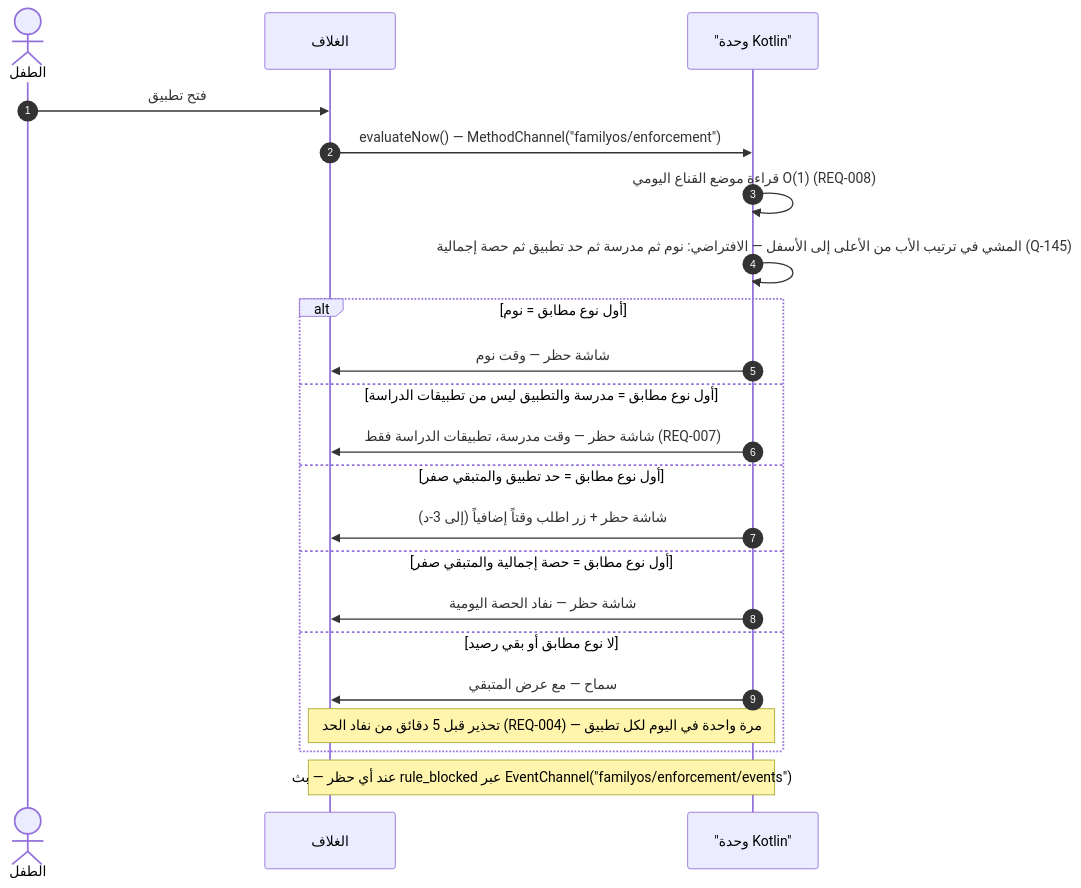
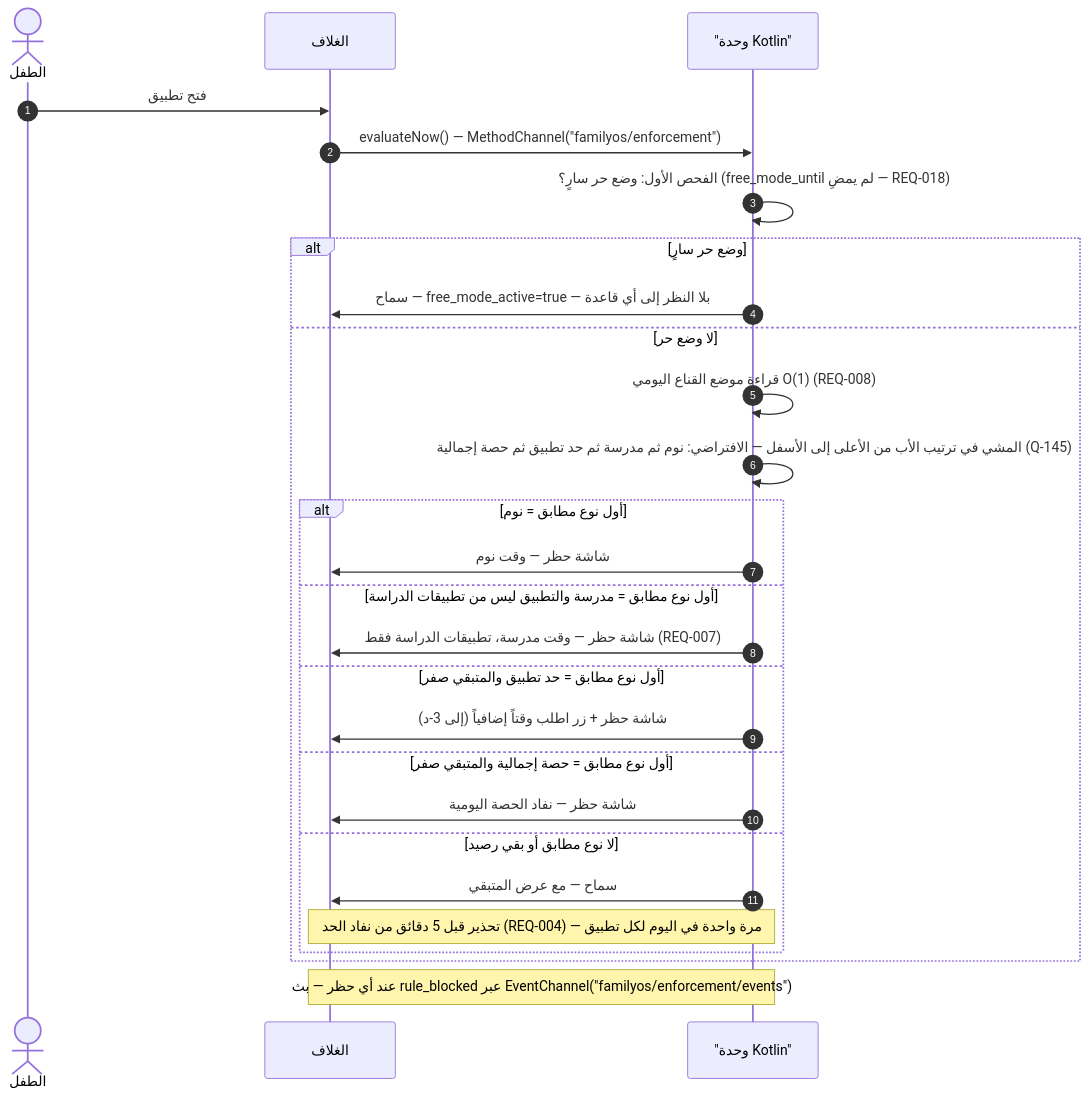
The fifth of 14 diagrams in docs/family-os/governance/phases/phase-1/S1-10-protection-and-enforcement/DIAGRAMS.md (Bassam-mohammed-alqaeadi/family-os-v2), drawn with Mermaid before and after one commit. The commit also changed other lines of this file and 3 other files, not shown here.

````diff
--- a/docs/family-os/governance/phases/phase-1/S1-10-protection-and-enforcement/DIAGRAMS.md
+++ b/docs/family-os/governance/phases/phase-1/S1-10-protection-and-enforcement/DIAGRAMS.md
@@ -260,24 +263,29 @@
 ```mermaid
 sequenceDiagram
     autonumber
     actor Child as الطفل
     participant Shell as الغلاف
     participant K as "وحدة Kotlin"
     Child->>Shell: فتح تطبيق
     Shell->>K: evaluateNow() — MethodChannel("familyos/enforcement")
+    K->>K: الفحص الأول: وضع حر سارٍ؟ (free_mode_until لم يمضِ — REQ-018)
+    alt وضع حر سارٍ
+        K->>Shell: سماح — free_mode_active=true — بلا النظر إلى أي قاعدة
+    else لا وضع حر
     K->>K: قراءة موضع القناع اليومي O(1) (REQ-008)
     K->>K: المشي في ترتيب الأب من الأعلى إلى الأسفل — الافتراضي: نوم ثم مدرسة ثم حد تطبيق ثم حصة إجمالية (Q-145)
     alt أول نوع مطابق = نوم
         K->>Shell: شاشة حظر — وقت نوم
     else أول نوع مطابق = مدرسة والتطبيق ليس من تطبيقات الدراسة
         K->>Shell: شاشة حظر — وقت مدرسة، تطبيقات الدراسة فقط (REQ-007)
     else أول نوع مطابق = حد تطبيق والمتبقي صفر
         K->>Shell: شاشة حظر + زر اطلب وقتاً إضافياً (إلى 3-د)
     else أول نوع مطابق = حصة إجمالية والمتبقي صفر
         K->>Shell: شاشة حظر — نفاد الحصة اليومية
     else لا نوع مطابق أو بقي رصيد
         K->>Shell: سماح — مع عرض المتبقي
         Note over K,Shell: تحذير قبل 5 دقائق من نفاد الحد (REQ-004) — مرة واحدة في اليوم لكل تطبيق
     end
+    end
     Note over K,Shell: عند أي حظر — بث rule_blocked عبر EventChannel("familyos/enforcement/events")
 ```
````
